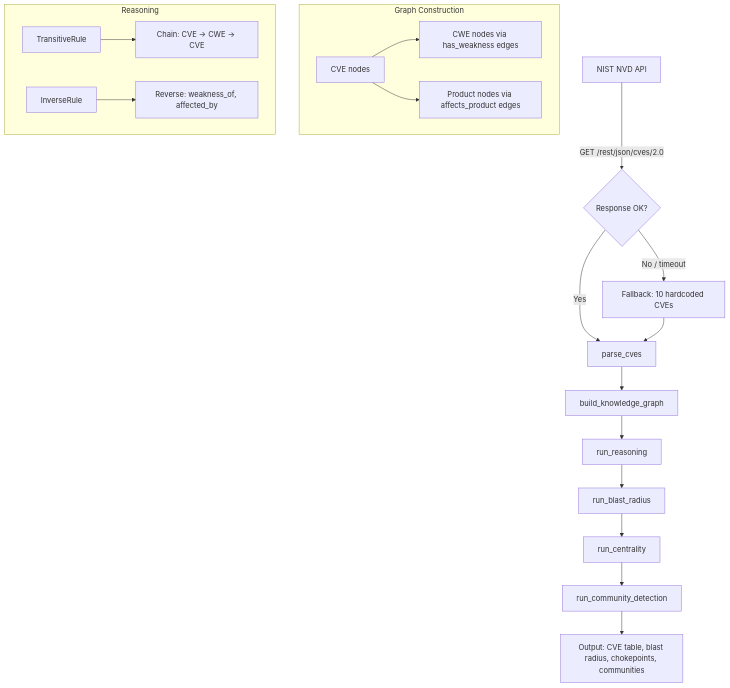
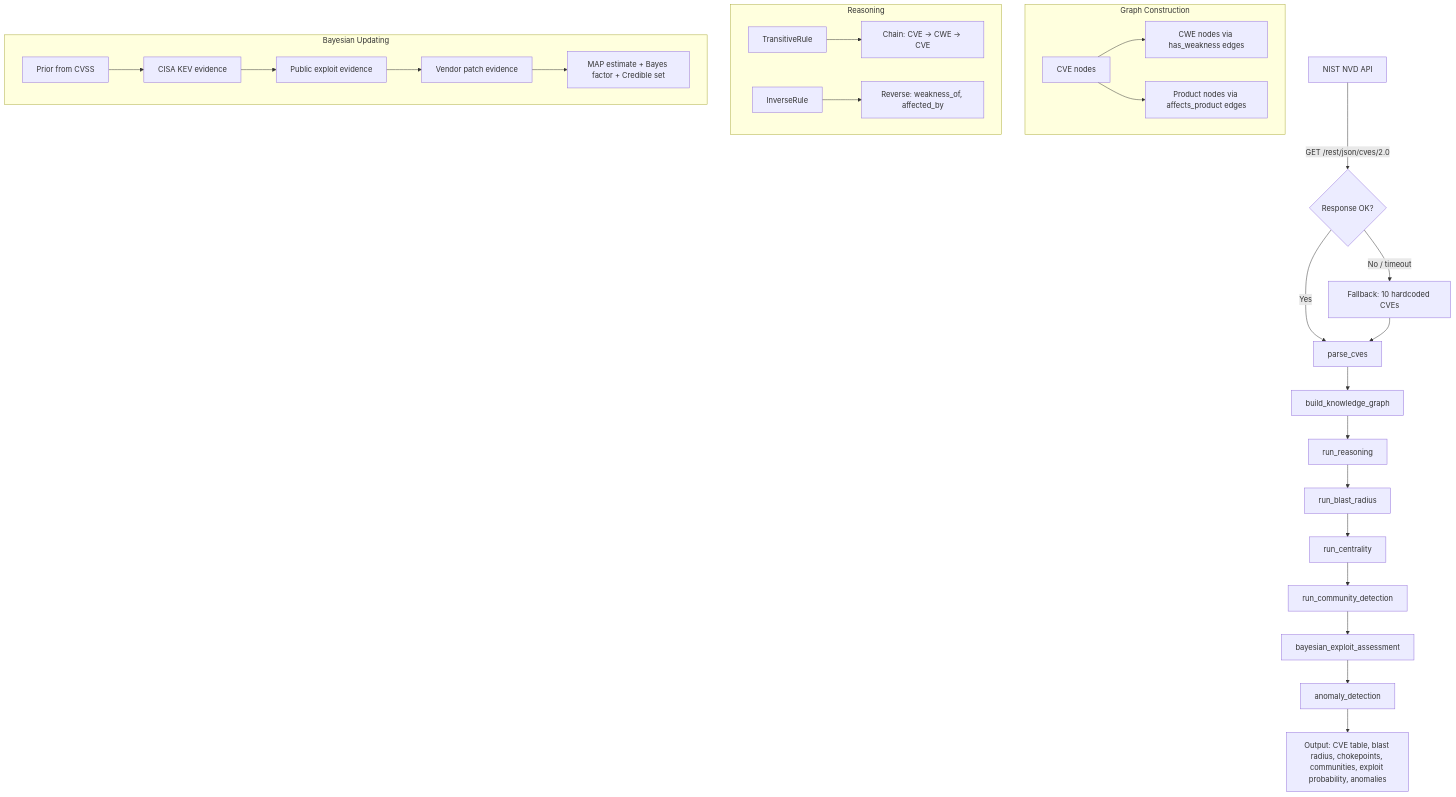
The first of 2 diagrams in examples/projects/cve_vulnerability_intel/README.md (antquinonez/Hyper3), drawn with Mermaid before and after one commit. The commit also changed other lines of this file and 1 other file, not shown here.

First line of the commit message:
Add sequential Bayesian updating to CVE pipeline and fix blast radius bug

````diff
--- a/examples/projects/cve_vulnerability_intel/README.md
+++ b/examples/projects/cve_vulnerability_intel/README.md
@@ -26,23 +32,32 @@
 ```mermaid
 flowchart TD
     A[NIST NVD API] -->|GET /rest/json/cves/2.0| B{Response OK?}
     B -->|Yes| C[parse_cves]
     B -->|No / timeout| D[Fallback: 10 hardcoded CVEs]
     D --> C
     C --> E[build_knowledge_graph]
     E --> F[run_reasoning]
     F --> G[run_blast_radius]
     G --> H[run_centrality]
     H --> I[run_community_detection]
-    I --> J[Output: CVE table, blast radius, chokepoints, communities]
+    I --> J[bayesian_exploit_assessment]
+    J --> K[anomaly_detection]
+    K --> L[Output: CVE table, blast radius, chokepoints, communities, exploit probability, anomalies]
 
     subgraph Graph Construction
         E1[CVE nodes] --> E2[CWE nodes via has_weakness edges]
         E1 --> E3[Product nodes via affects_product edges]
     end
 
     subgraph Reasoning
         F1[TransitiveRule] --> F2[Chain: CVE -> CWE -> CVE]
         F3[InverseRule] --> F4[Reverse: weakness_of, affected_by]
     end
+
+    subgraph Bayesian Updating
+        J1[Prior from CVSS] --> J2[CISA KEV evidence]
+        J2 --> J3[Public exploit evidence]
+        J3 --> J4[Vendor patch evidence]
+        J4 --> J5[MAP estimate + Bayes factor + Credible set]
+    end
 ```
````
